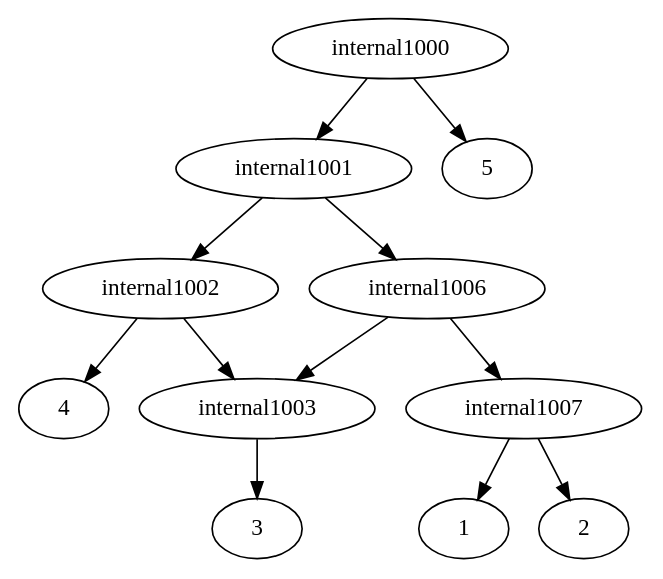
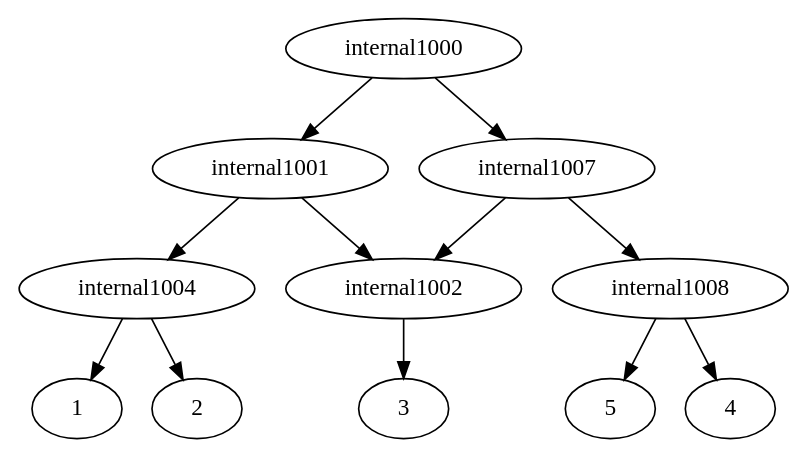
The diagram in ParsingTxt/Launcher/upload.dot (iharnoor/PhylogeneticsWebsite), drawn with Graphviz before and after one commit. The commit also changed 7 other files, not shown here.

Commit message:
minor d3 regex changes to make graph colorful

```diff
--- a/ParsingTxt/Launcher/upload.dot
+++ b/ParsingTxt/Launcher/upload.dot
@@ -1,14 +1,14 @@
 strict digraph G1 {
 internal1000 -> internal1001
-internal1000 -> 5
+internal1000 -> internal1007
 internal1001 -> internal1002
-internal1001 -> internal1006
-internal1002 -> internal1003
-internal1002 -> 4
-internal1003 -> 3
-internal1006 -> internal1007
-internal1006 -> internal1003
-internal1007 -> 1
-internal1007 -> 2
-internal1003 -> 3
+internal1001 -> internal1004
+internal1002 -> 3
+internal1004 -> 1
+internal1004 -> 2
+internal1007 -> internal1008
+internal1007 -> internal1002
+internal1008 -> 4
+internal1008 -> 5
+internal1002 -> 3
 }
```
